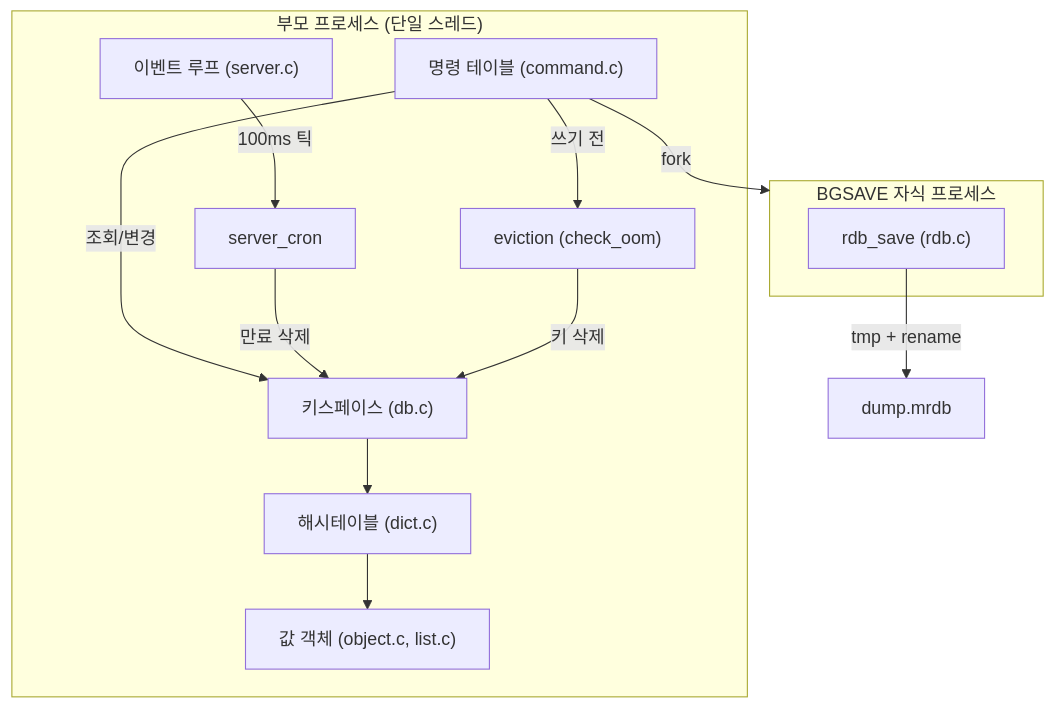
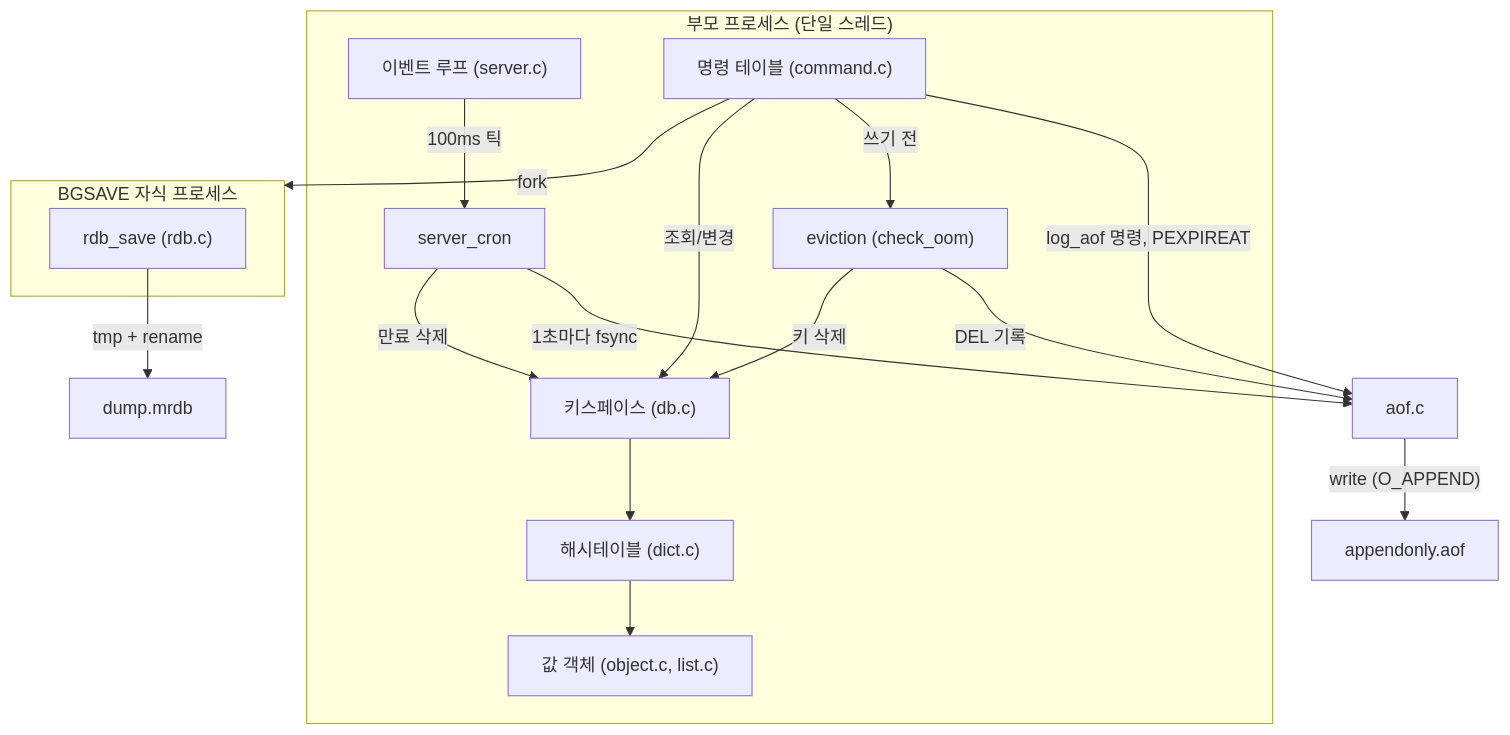
The third of 12 diagrams in docs/SDS.md (nini4746/mini-redis), drawn with Mermaid before and after one commit. The commit also changed other lines of this file and 2 other files, not shown here.

Commit message:
docs: sync SRS/SDS with AOF and Linux support

````diff
--- a/docs/SDS.md
+++ b/docs/SDS.md
@@ -88,26 +95,32 @@
 ```mermaid
 %%{init: {"flowchart": {"wrappingWidth": 300}}}%%
 flowchart TB
     subgraph parent["부모 프로세스 (단일 스레드)"]
         KQ["이벤트 루프 (server.c)"]
         CMD["명령 테이블 (command.c)"]
         CRON["server_cron"]
         EV["eviction (check_oom)"]
         DB["키스페이스 (db.c)"]
         DICT["해시테이블 (dict.c)"]
         OBJ["값 객체 (object.c, list.c)"]
     end
     subgraph child["BGSAVE 자식 프로세스"]
         SAVE["rdb_save (rdb.c)"]
     end
     FILE["dump.mrdb"]
+    AOFM["aof.c"]
+    AOFF["appendonly.aof"]
     KQ -->|"100ms 틱"| CRON
+    CMD -->|"log_aof 명령, PEXPIREAT"| AOFM
+    EV -->|"DEL 기록"| AOFM
+    CRON -->|"1초마다 fsync"| AOFM
+    AOFM -->|"write (O_APPEND)"| AOFF
     CMD -->|"쓰기 전"| EV
     CMD -->|"조회/변경"| DB
     CMD -->|"fork"| child
     CRON -->|"만료 삭제"| DB
     EV -->|"키 삭제"| DB
     DB --> DICT
     DICT --> OBJ
     SAVE -->|"tmp + rename"| FILE
 ```
````
